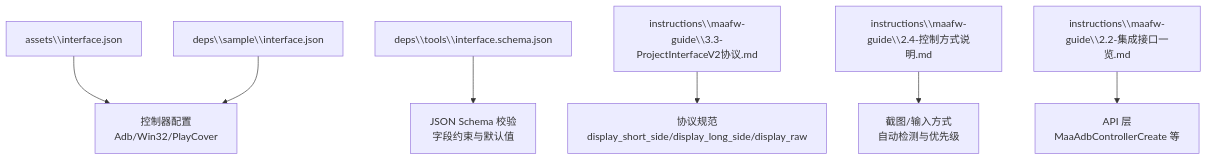
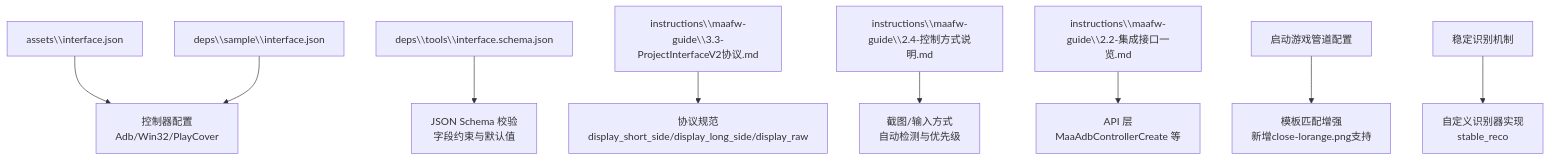
The first of 11 diagrams in .qoder/repowiki/zh/content/系统架构与设计/配置体系与资源管理/界面接口配置/控制器配置/Adb控制器配置.md (kqcoxn/MaaDuDuL), drawn with Mermaid before and after one commit. The commit also changed other lines of this file and 9 other files, not shown here.

````diff
--- a/.qoder/repowiki/zh/content/系统架构与设计/配置体系与资源管理/界面接口配置/控制器配置/Adb控制器配置.md
+++ b/.qoder/repowiki/zh/content/系统架构与设计/配置体系与资源管理/界面接口配置/控制器配置/Adb控制器配置.md
@@ -30,9 +46,11 @@
 ```mermaid
 graph TB
 A["assets\\interface.json"] --> B["控制器配置<br/>Adb/Win32/PlayCover"]
 C["deps\\sample\\interface.json"] --> B
 D["deps\\tools\\interface.schema.json"] --> E["JSON Schema 校验<br/>字段约束与默认值"]
 F["instructions\\maafw-guide\\3.3-ProjectInterfaceV2协议.md"] --> G["协议规范<br/>display_short_side/display_long_side/display_raw"]
 H["instructions\\maafw-guide\\2.4-控制方式说明.md"] --> I["截图/输入方式<br/>自动检测与优先级"]
 J["instructions\\maafw-guide\\2.2-集成接口一览.md"] --> K["API 层<br/>MaaAdbControllerCreate 等"]
+L["启动游戏管道配置"] --> M["模板匹配增强<br/>新增close-lorange.png支持"]
+N["稳定识别机制"] --> O["自定义识别器实现<br/>stable_reco"]
 ```
````
